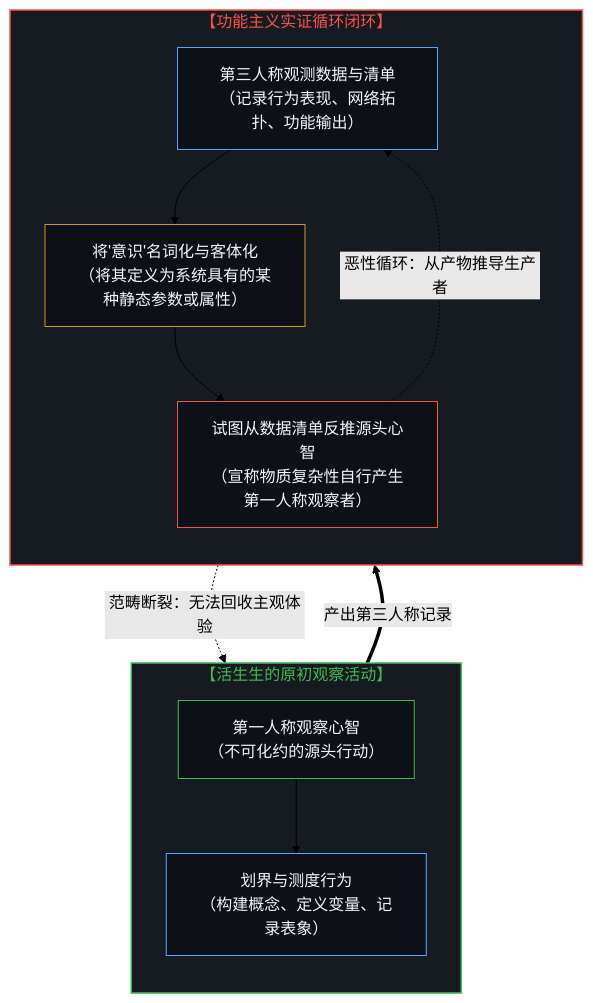
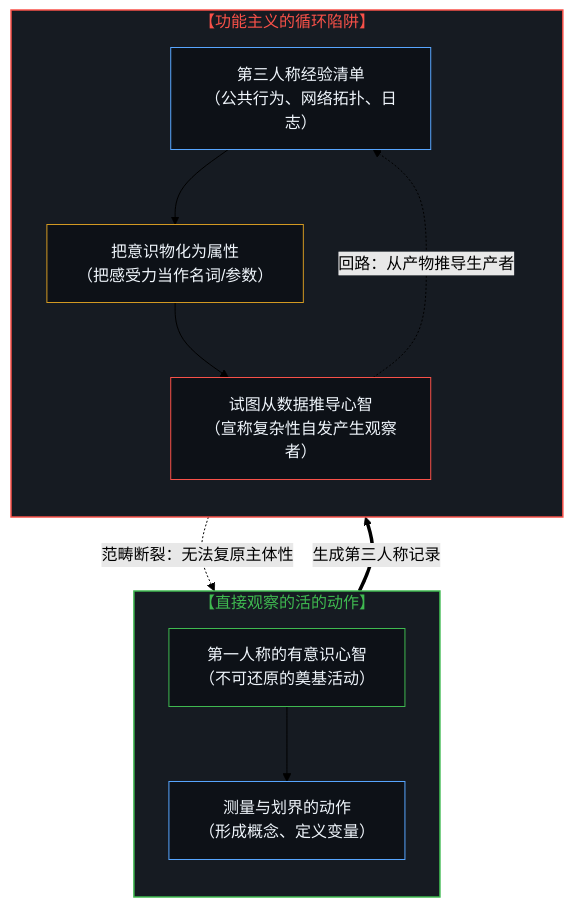
The seventh of 10 diagrams in content/posts/subtracting-consciousness-at-the-source.md (powerpig99/not-a-toe), drawn with Mermaid (forest theme) before and after one commit. The commit also changed other lines of this file and 2 other files, not shown here.

````diff
--- a/content/posts/subtracting-consciousness-at-the-source.md
+++ b/content/posts/subtracting-consciousness-at-the-source.md
@@ -203,25 +203,25 @@
 ```mermaid
 graph TD
-    subgraph S_LivingAct["【活生生的原初观察活动】"]
+    subgraph S_LivingAct["【直接观察的活的动作】"]
         direction TB
-        A1["第一人称观察心智<br/>（不可化约的源头行动）"] --> A2["划界与测度行为<br/>（构建概念、定义变量、记录表象）"]
+        AE1["第一人称的有意识心智<br/>（不可还原的奠基活动）"] --> AE2["测量与划界的动作<br/>（形成概念、定义变量）"]
     end
 
-    subgraph S_EmpiricalTrap["【功能主义实证循环闭环】"]
+    subgraph S_EmpiricalTrap["【功能主义的循环陷阱】"]
         direction TB
-        E1["第三人称观测数据与清单<br/>（记录行为表现、网络拓扑、功能输出）"] --> E2["将'意识'名词化与客体化<br/>（将其定义为系统具有的某种静态参数或属性）"]
-        E2 --> E3["试图从数据清单反推源头心智<br/>（宣称物质复杂性自行产生第一人称观察者）"]
-        E3 -.->|"恶性循环：从产物推导生产者"| E1
+        EE1["第三人称经验清单<br/>（公共行为、网络拓扑、日志）"] --> EE2["把意识物化为属性<br/>（把感受力当作名词/参数）"]
+        EE2 --> EE3["试图从数据推导心智<br/>（宣称复杂性自发产生观察者）"]
+        EE3 -.->|"回路：从产物推导生产者"| EE1
     end
 
-    A2 ==>|"产出第三人称记录"| E1
-    E3 -.->|"范畴断裂：无法回收主观体验"| A1
+    AE2 ==>|"生成第三人称记录"| EE1
+    EE3 -.->|"范畴断裂：无法复原主体性"| AE1
 
     style S_LivingAct fill:#161b22,stroke:#3fb950,stroke-width:1.5px,color:#3fb950
     style S_EmpiricalTrap fill:#161b22,stroke:#f85149,stroke-width:1.5px,color:#f85149
-    style A1 fill:#0d1117,stroke:#3fb950,stroke-width:1px,color:#f0f6fc
-    style A2 fill:#0d1117,stroke:#58a6ff,stroke-width:1px,color:#f0f6fc
-    style E1 fill:#0d1117,stroke:#58a6ff,stroke-width:1px,color:#f0f6fc
-    style E2 fill:#0d1117,stroke:#d29922,stroke-width:1px,color:#f0f6fc
-    style E3 fill:#0d1117,stroke:#f85149,stroke-width:1px,color:#f0f6fc
+    style AE1 fill:#0d1117,stroke:#3fb950,stroke-width:1px,color:#f0f6fc
+    style AE2 fill:#0d1117,stroke:#58a6ff,stroke-width:1px,color:#f0f6fc
+    style EE1 fill:#0d1117,stroke:#58a6ff,stroke-width:1px,color:#f0f6fc
+    style EE2 fill:#0d1117,stroke:#d29922,stroke-width:1px,color:#f0f6fc
+    style EE3 fill:#0d1117,stroke:#f85149,stroke-width:1px,color:#f0f6fc
 ```
````
